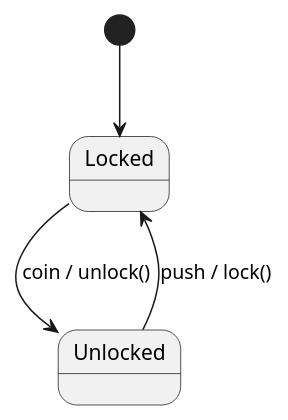
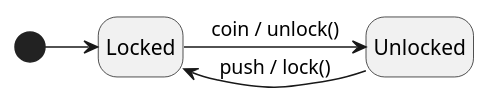
The first of 9 diagrams in class/amss2025/curs/06-state.md (traiansf/traiansf.github.io), drawn with PlantUML before and after one commit. The commit also changed other lines of this file and 6 other files, not shown here.

Commit message:
State diagrams: final

````diff
--- a/class/amss2025/curs/06-state.md
+++ b/class/amss2025/curs/06-state.md
@@ -41,7 +45,8 @@
 ```plantuml
 @startuml
-[*] --> Locked
-Locked --> Unlocked : coin / unlock()
-Unlocked --> Locked : push / lock()
+hide empty description
+[*] -r-> Locked
+Locked -r-> Unlocked : coin / unlock()
+Unlocked -l-> Locked : push / lock()
 @enduml
 ```
````
